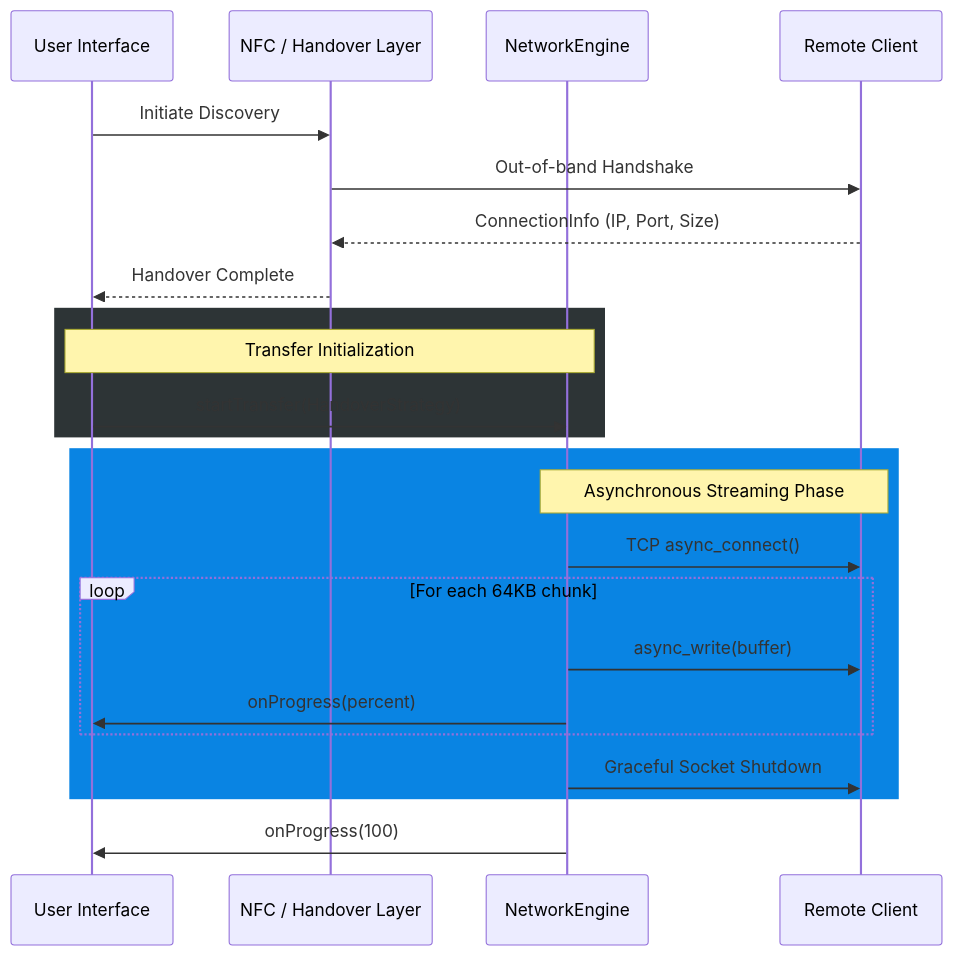
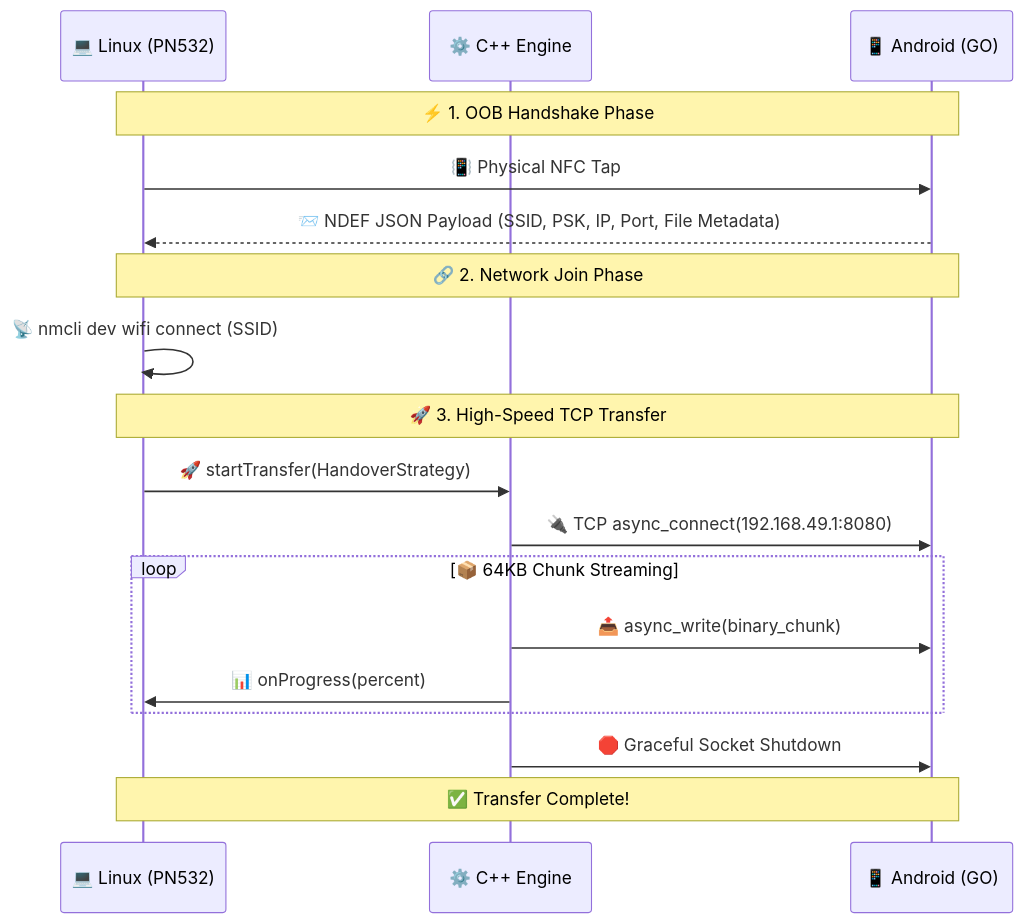
Before and after one commit to nilay007hckkr/Anyshare: the diagram in README.md, drawn with Mermaid. The commit also changed other lines of this file, not shown here.

Commit message:
Update README with detailed NFC/Wi-Fi Direct topology and emoji workflow

````diff
--- a/README.md
+++ b/README.md
@@ -78,29 +53,24 @@
 ```mermaid
 sequenceDiagram
-    participant UI as User Interface
-    participant Handover as NFC / Handover Layer
-    participant Engine as NetworkEngine
-    participant Remote as Remote Client
+    participant Linux as 💻 Linux (PN532)
+    participant Engine as ⚙️ C++ Engine
+    participant Android as 📱 Android (GO)
 
-    UI->>Handover: Initiate Discovery
-    Handover->>Remote: Out-of-band Handshake
-    Remote-->>Handover: ConnectionInfo (IP, Port, Size)
-    Handover-->>UI: Handover Complete
+    Note over Linux,Android: ⚡ 1. OOB Handshake Phase
+    Linux->>Android: 📳 Physical NFC Tap
+    Android-->>Linux: 📨 NDEF JSON Payload (SSID, PSK, IP, Port, File Metadata)
     
-    rect rgb(45, 52, 54)
-    Note over UI,Engine: Transfer Initialization
-    UI->>Engine: startTransfer(HandoverStrategy)
+    Note over Linux,Android: 🔗 2. Network Join Phase
+    Linux->>Linux: 📡 nmcli dev wifi connect (SSID)
+    
+    Note over Linux,Android: 🚀 3. High-Speed TCP Transfer
+    Linux->>Engine: 🚀 startTransfer(HandoverStrategy)
+    Engine->>Android: 🔌 TCP async_connect(192.168.49.1:8080)
+    loop 📦 64KB Chunk Streaming
+        Engine->>Android: 📤 async_write(binary_chunk)
+        Engine->>Linux: 📊 onProgress(percent)
     end
+    Engine->>Android: 🛑 Graceful Socket Shutdown
     
-    rect rgb(9, 132, 227)
-    Note over Engine,Remote: Asynchronous Streaming Phase
-    Engine->>Remote: TCP async_connect()
-    loop For each 64KB chunk
-        Engine->>Remote: async_write(buffer)
-        Engine->>UI: onProgress(percent)
-    end
-    Engine->>Remote: Graceful Socket Shutdown
-    end
-    
-    Engine->>UI: onProgress(100)
+    Note over Linux,Android: ✅ Transfer Complete!
 ```
````
